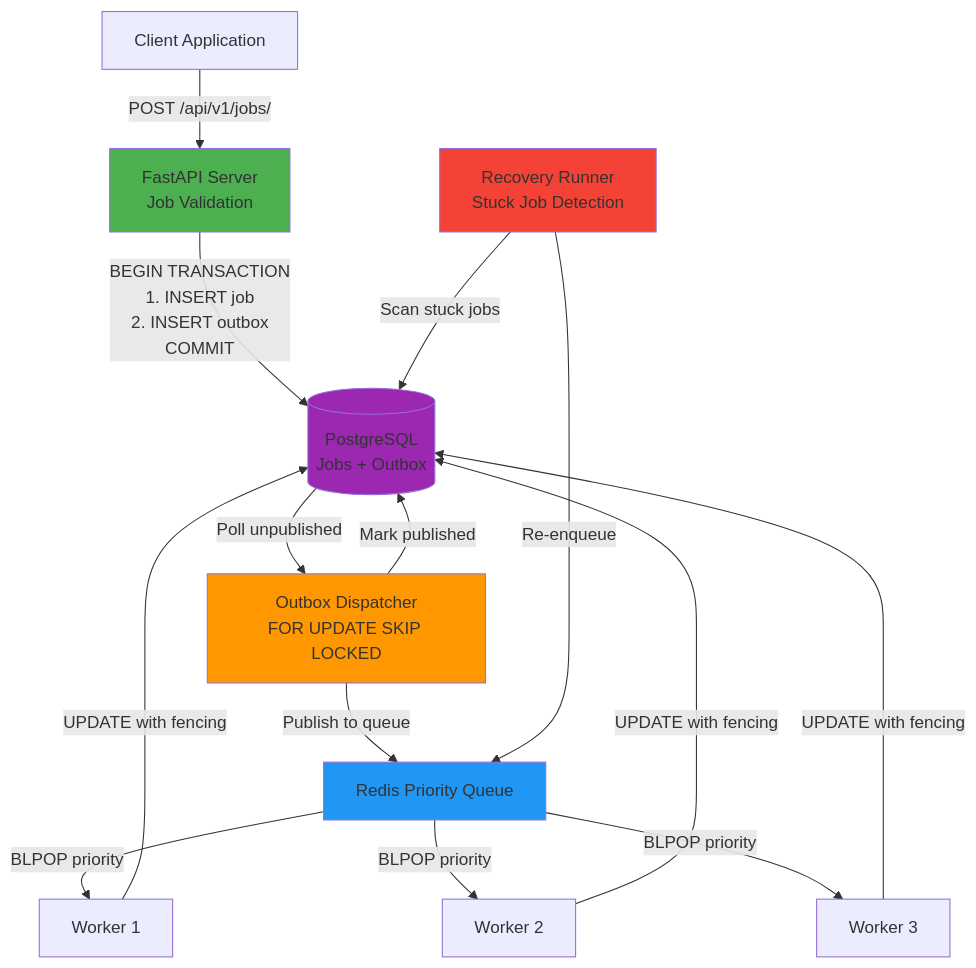
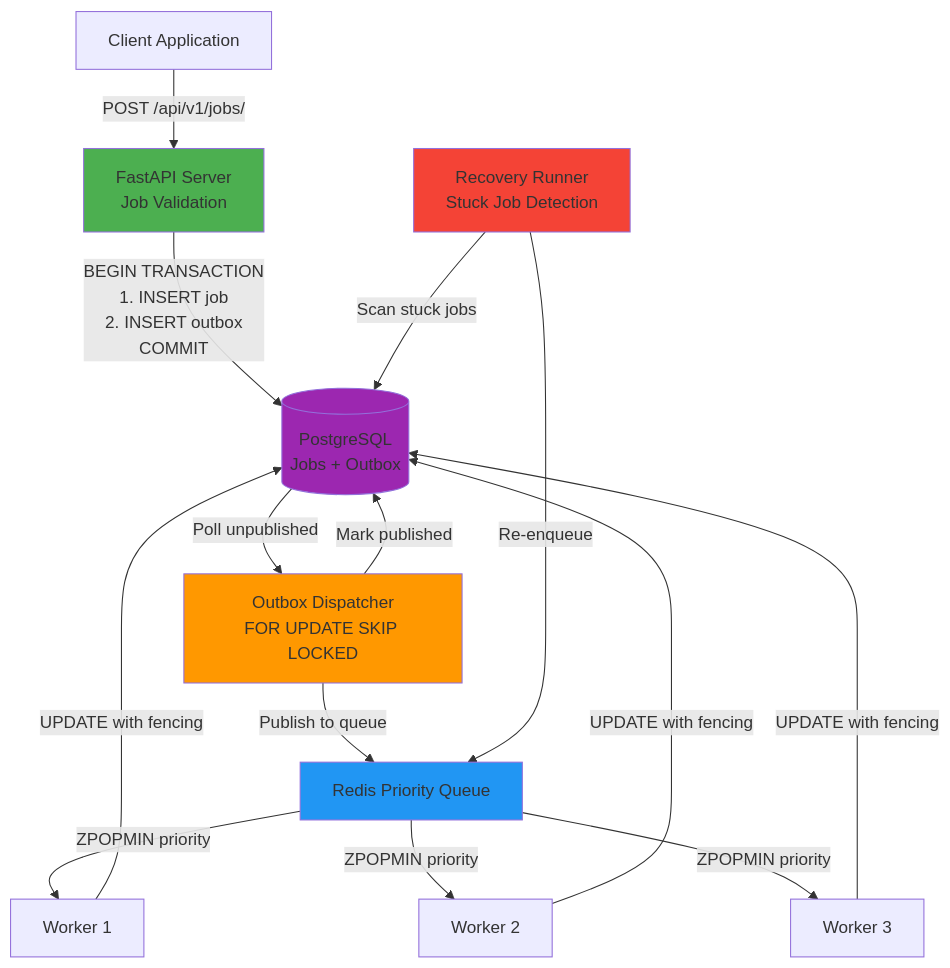
Before and after one commit to Latha2308/distributed-job-processing-platform: the diagram in README.md, drawn with Mermaid. The commit also changed other lines of this file, not shown here.

````diff
--- a/README.md
+++ b/README.md
@@ -82,30 +82,30 @@
 ```mermaid
 graph TB
     Client[Client Application]
     API[FastAPI Server<br/>Job Validation]
     DB[(PostgreSQL<br/>Jobs + Outbox)]
     Dispatcher[Outbox Dispatcher<br/>FOR UPDATE SKIP LOCKED]
     Queue[Redis Priority Queue]
     W1[Worker 1]
     W2[Worker 2]
     W3[Worker 3]
     Recovery[Recovery Runner<br/>Stuck Job Detection]
 
     Client -->|POST /api/v1/jobs/| API
     API -->|BEGIN TRANSACTION<br/>1. INSERT job<br/>2. INSERT outbox<br/>COMMIT| DB
     DB -->|Poll unpublished| Dispatcher
     Dispatcher -->|Publish to queue| Queue
     Dispatcher -->|Mark published| DB
-    Queue -->|BLPOP priority| W1
-    Queue -->|BLPOP priority| W2
-    Queue -->|BLPOP priority| W3
+    Queue -->|ZPOPMIN priority| W1
+    Queue -->|ZPOPMIN priority| W2
+    Queue -->|ZPOPMIN priority| W3
     W1 & W2 & W3 -->|UPDATE with fencing| DB
     Recovery -->|Scan stuck jobs| DB
     Recovery -->|Re-enqueue| Queue
 
     style API fill:#4CAF50
     style Dispatcher fill:#FF9800
     style Queue fill:#2196F3
     style DB fill:#9C27B0
     style Recovery fill:#F44336
 ```
````
